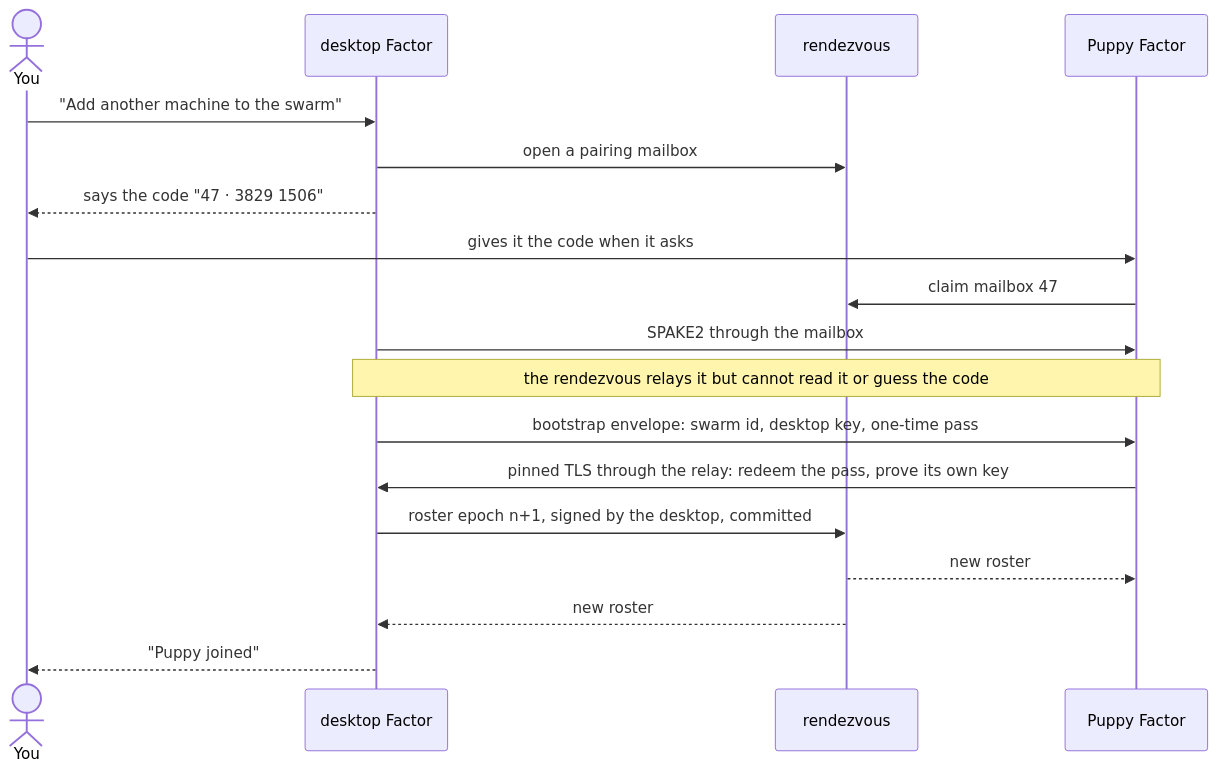
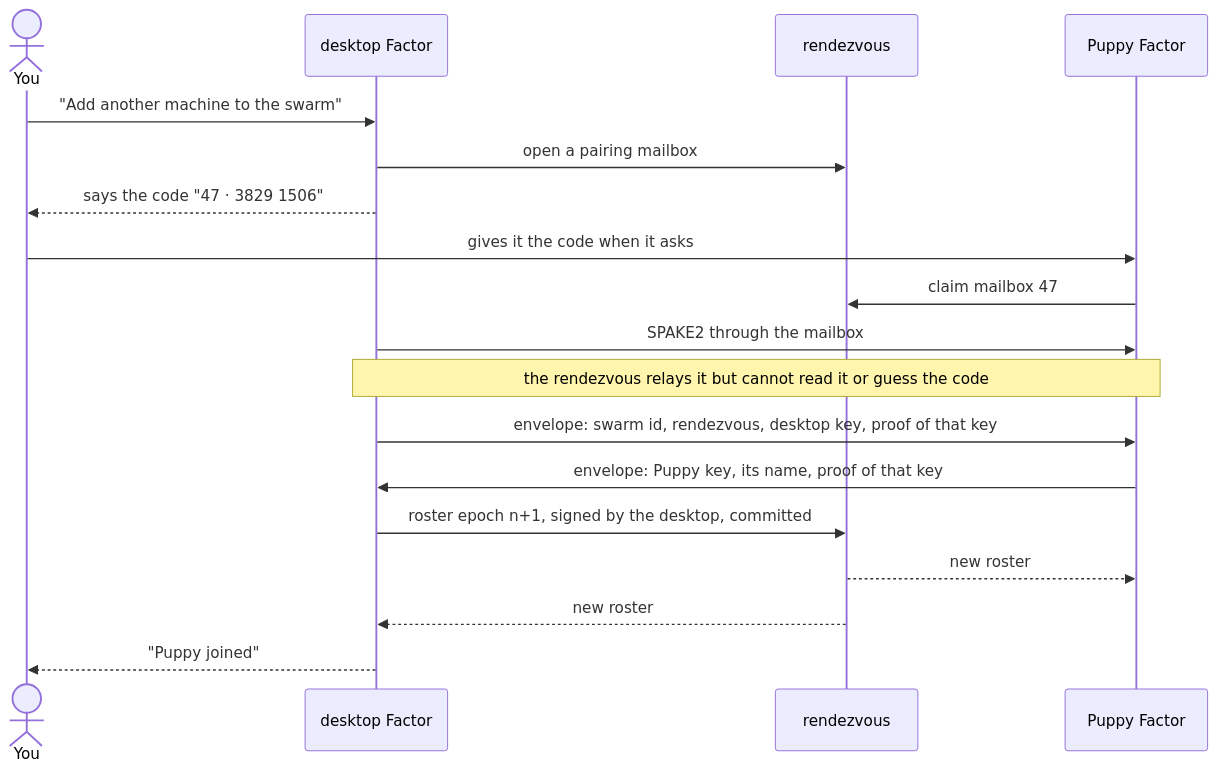
The diagram in docs/assets/swarm-pairing.mmd (cyqlelabs/factor), drawn with Mermaid before and after one commit. The commit also changed 3 other files, not shown here.

```diff
--- a/docs/assets/swarm-pairing.mmd
+++ b/docs/assets/swarm-pairing.mmd
@@ -1,18 +1,18 @@
 sequenceDiagram
     actor U as You
     participant D as desktop Factor
     participant R as rendezvous
     participant P as Puppy Factor
     U->>D: "Add another machine to the swarm"
     D->>R: open a pairing mailbox
     D-->>U: says the code "47 · 3829 1506"
     U->>P: gives it the code when it asks
     P->>R: claim mailbox 47
     D->>P: SPAKE2 through the mailbox
     Note over D,P: the rendezvous relays it but cannot read it or guess the code
-    D->>P: bootstrap envelope: swarm id, desktop key, one-time pass
-    P->>D: pinned TLS through the relay: redeem the pass, prove its own key
+    D->>P: envelope: swarm id, rendezvous, desktop key, proof of that key
+    P->>D: envelope: Puppy key, its name, proof of that key
     D->>R: roster epoch n+1, signed by the desktop, committed
     R-->>P: new roster
     R-->>D: new roster
     D-->>U: "Puppy joined"
```
